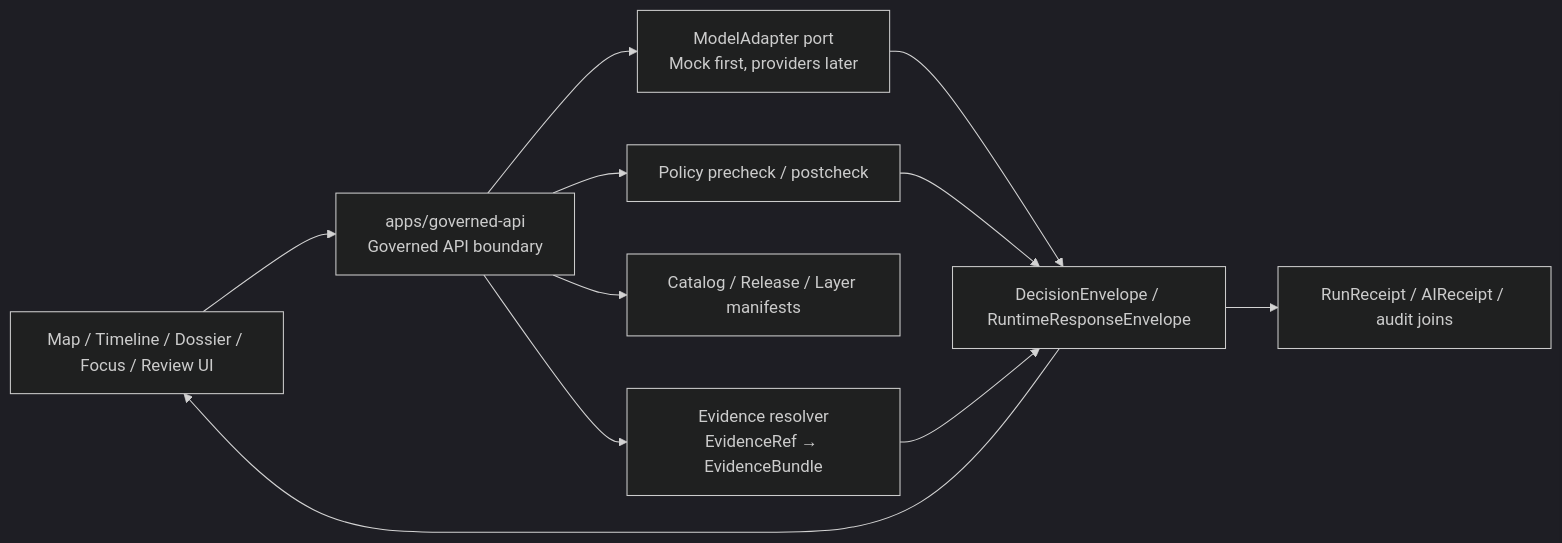
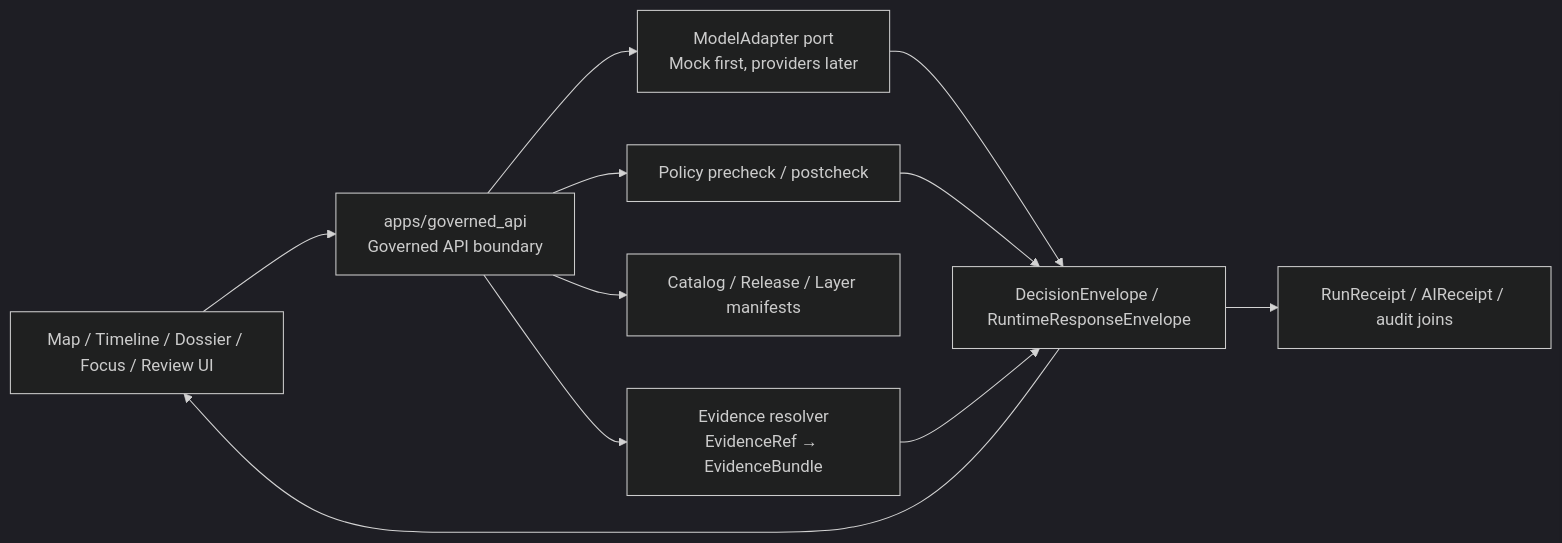
Before and after one commit to bartytime4life/Kansas-Frontier-Matrix: the first of 2 diagrams in apps/governed_api/README.md, drawn with Mermaid (dark theme). The commit also changed other lines of this file, not shown here.

First line of the commit message:
Add governed ecology API scaffold details to README

````diff
--- a/apps/governed_api/README.md
+++ b/apps/governed_api/README.md
@@ -85,22 +109,22 @@
 ```mermaid
 flowchart LR
   UI["Map / Timeline / Dossier / Focus / Review UI"]
-  API["apps/governed-api<br/>Governed API boundary"]
+  API["apps/governed_api<br/>Governed API boundary"]
   Policy["Policy precheck / postcheck"]
   Evidence["Evidence resolver<br/>EvidenceRef → EvidenceBundle"]
   Catalog["Catalog / Release / Layer manifests"]
   Adapter["ModelAdapter port<br/>Mock first, providers later"]
   Envelope["DecisionEnvelope / RuntimeResponseEnvelope"]
   Audit["RunReceipt / AIReceipt / audit joins"]
 
   UI --> API
   API --> Policy
   API --> Evidence
   API --> Catalog
   API --> Adapter
   Adapter --> Envelope
   Policy --> Envelope
   Evidence --> Envelope
   Envelope --> Audit
   Envelope --> UI
 ```
````
